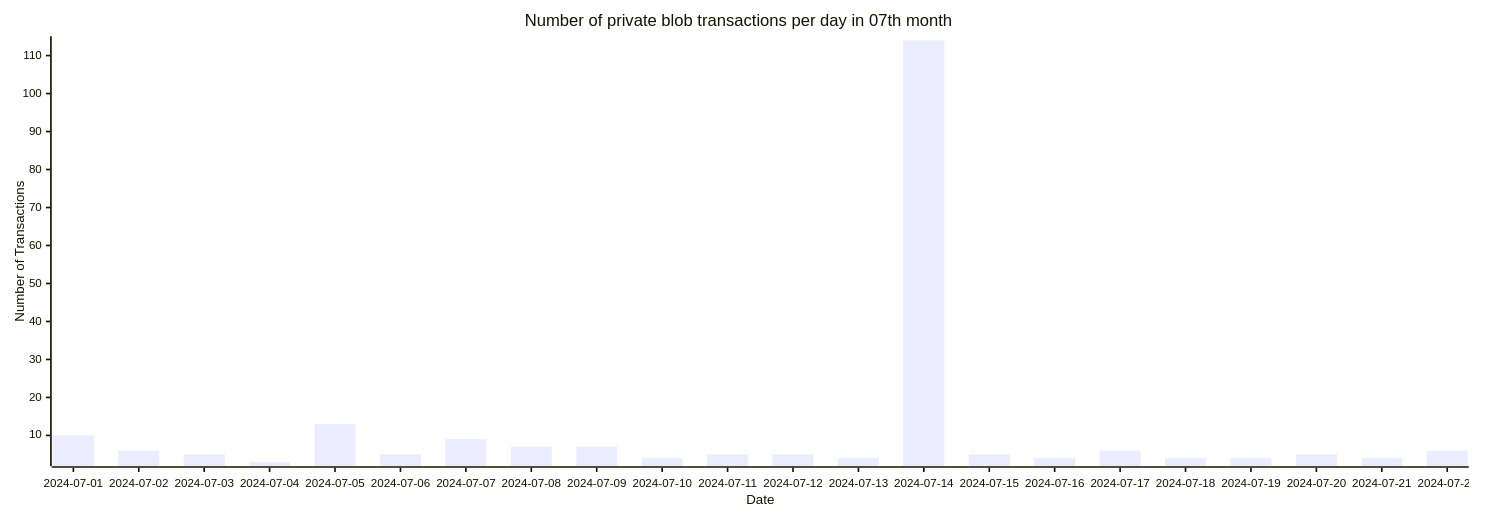
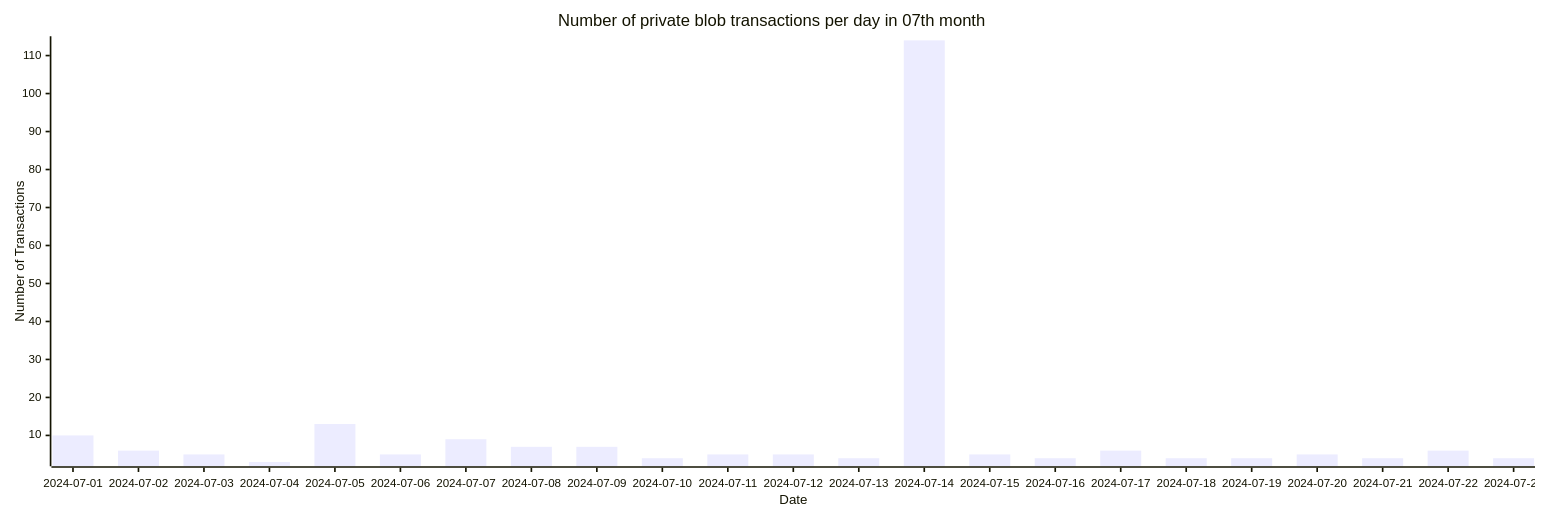
One commit to Amit0617/eip4844-data changed the fifth of 5 diagrams in README.md. Above: the diagram before and after it, drawn with Mermaid. The commit also changed 1 other file, not shown here.

````diff
--- a/README.md
+++ b/README.md
@@ -53,12 +53,12 @@
 ```mermaid
 ---
 config:
     xyChart:
-        width: 1760
+        width: 1840
         height: 600
 ---
 xychart-beta title "Number of private blob transactions per day in 07th month"
-x-axis "Date" [2024-07-01,2024-07-02,2024-07-03,2024-07-04,2024-07-05,2024-07-06,2024-07-07,2024-07-08,2024-07-09,2024-07-10,2024-07-11,2024-07-12,2024-07-13,2024-07-14,2024-07-15,2024-07-16,2024-07-17,2024-07-18,2024-07-19,2024-07-20,2024-07-21,2024-07-22]
+x-axis "Date" [2024-07-01,2024-07-02,2024-07-03,2024-07-04,2024-07-05,2024-07-06,2024-07-07,2024-07-08,2024-07-09,2024-07-10,2024-07-11,2024-07-12,2024-07-13,2024-07-14,2024-07-15,2024-07-16,2024-07-17,2024-07-18,2024-07-19,2024-07-20,2024-07-21,2024-07-22,2024-07-23]
 y-axis "Number of Transactions"
-bar[10,6,5,3,13,5,9,7,7,4,5,5,4,114,5,4,6,4,4,5,4,6]
+bar[10,6,5,3,13,5,9,7,7,4,5,5,4,114,5,4,6,4,4,5,4,6,4]
 ```
````
